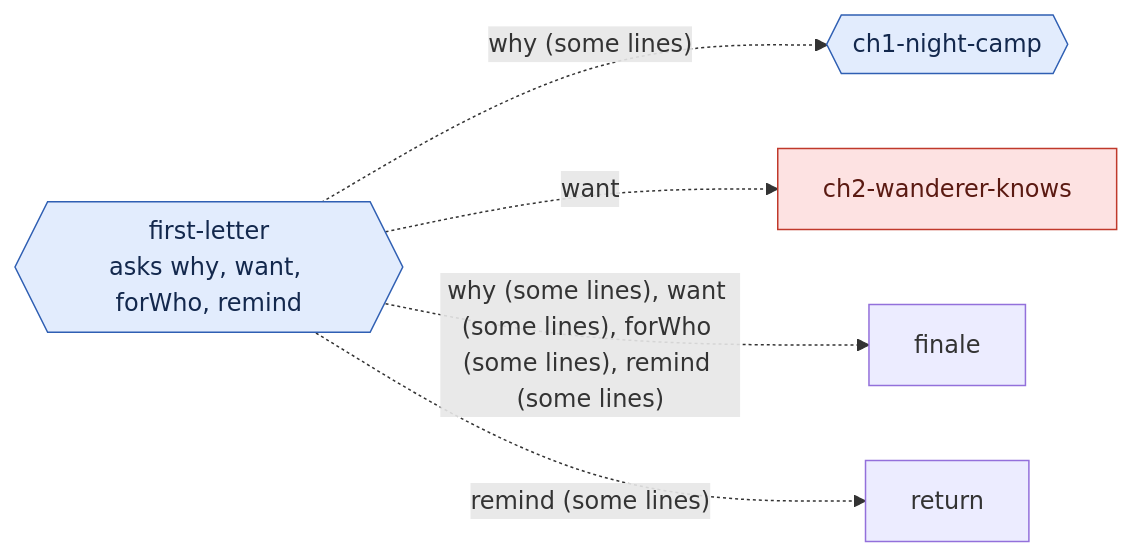
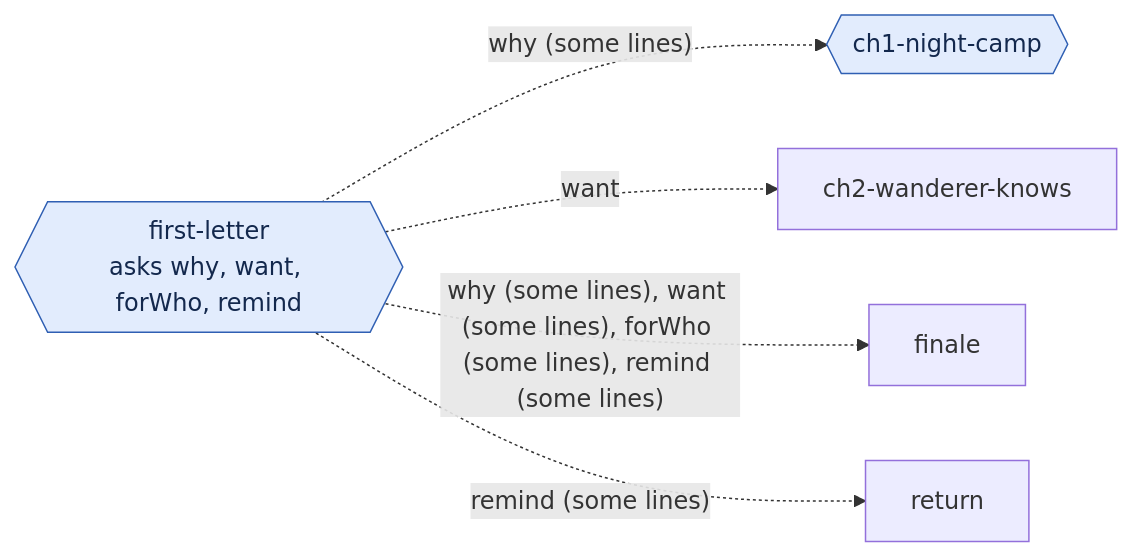
The second of 17 diagrams in src/story/graph.md (damicoedoardo/calisthenics-quest), drawn with Mermaid before and after one commit. The commit also changed other lines of this file and 14 other files, not shown here.

First line of the commit message:
Story catches up when a boss falls early, and the graph test holds it

````diff
--- a/src/story/graph.md
+++ b/src/story/graph.md
@@ -115,15 +63,14 @@
 ```mermaid
 flowchart LR
   first_letter{{"first-letter<br/>asks why, want, forWho, remind"}}
   first_letter -.->|"why (some lines)"| ch1_night_camp{{"ch1-night-camp"}}
   first_letter -.->|"want"| ch2_wanderer_knows["ch2-wanderer-knows"]
   first_letter -.->|"why (some lines), want (some lines), forWho (some lines), remind (some lines)"| finale["finale"]
   first_letter -.->|"remind (some lines)"| return["return"]
   classDef lost fill:#fde2e2,stroke:#c0392b,color:#5b1a12
   classDef only fill:#fdf1d6,stroke:#c98a10,color:#4a3305
   classDef ask fill:#e2ecfd,stroke:#2f5fb3,color:#13284d
   classDef done fill:#e3f6e5,stroke:#2e8b3e,color:#123d19
   class first_letter ask
   class ch1_night_camp ask
-  class ch2_wanderer_knows lost
 ```
````
